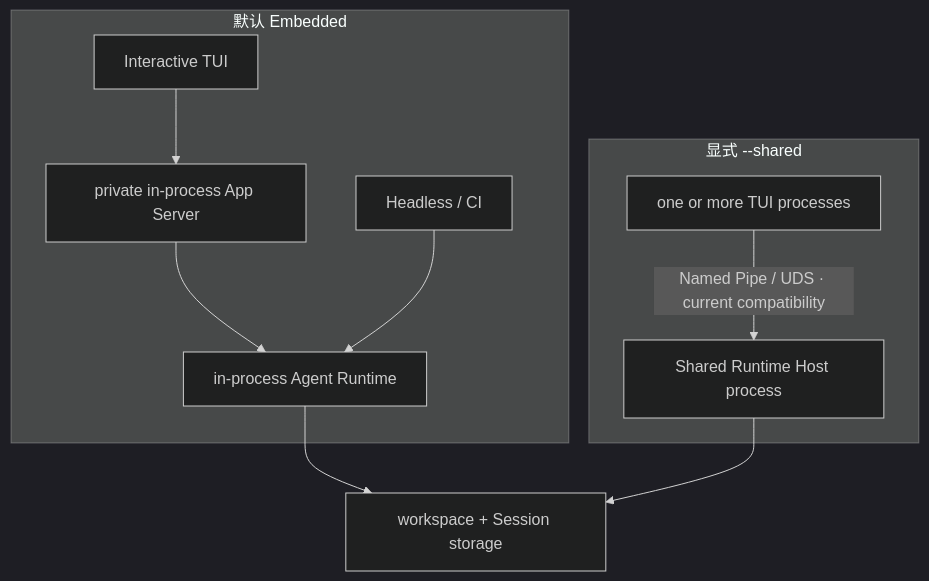
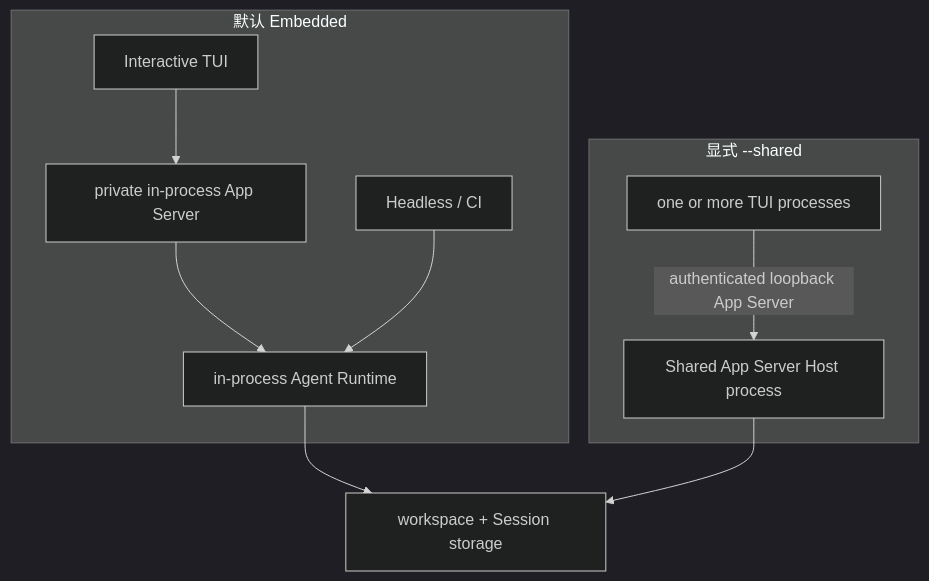
Diagram 13 of 15 in docs/architecture/agent-runtime-deployment-design.md (GCWing/BitFun), drawn with Mermaid (dark theme) before and after one commit. The commit also changed other lines of this file and 87 other files, not shown here.

Commit message:
feat(app-server): add sharedv2 command

````diff
--- a/docs/architecture/agent-runtime-deployment-design.md
+++ b/docs/architecture/agent-runtime-deployment-design.md
@@ -382,13 +349,13 @@
 ```mermaid
 flowchart TB
   subgraph Embedded["默认 Embedded"]
     TUI["Interactive TUI"] --> AppServer["private in-process App Server"]
     AppServer --> Runtime["in-process Agent Runtime"]
     Headless["Headless / CI"] --> Runtime
   end
   subgraph Shared["显式 --shared"]
-    Clients["one or more TUI processes"] -->|"Named Pipe / UDS · current compatibility"| SharedRuntime["Shared Runtime Host process"]
+    Clients["one or more TUI processes"] -->|"authenticated loopback App Server"| SharedRuntime["Shared App Server Host process"]
   end
   Runtime --> Data["workspace + Session storage"]
   SharedRuntime --> Data
 ```
````
